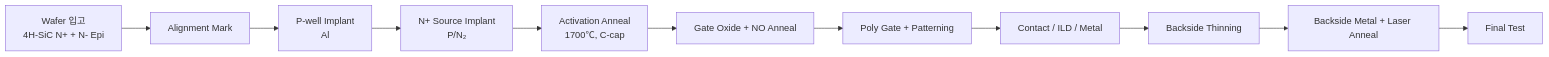
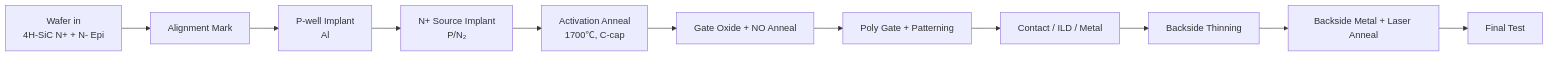
The second of 2 diagrams in docs/01-foundations/ch03-device.md (btjeon/sic-wiki), drawn with Mermaid before and after one commit. The commit also changed other lines of this file and 6 other files, not shown here.

````diff
--- a/docs/01-foundations/ch03-device.md
+++ b/docs/01-foundations/ch03-device.md
@@ -95,13 +95,13 @@
 ```mermaid
 flowchart LR
-    A[Wafer 입고<br/>4H-SiC N+ + N- Epi] --> B[Alignment Mark]
+    A[Wafer in<br/>4H-SiC N+ + N- Epi] --> B[Alignment Mark]
     B --> C[P-well Implant<br/>Al]
     C --> D[N+ Source Implant<br/>P/N₂]
     D --> E[Activation Anneal<br/>1700℃, C-cap]
     E --> F[Gate Oxide + NO Anneal]
     F --> G[Poly Gate + Patterning]
     G --> H[Contact / ILD / Metal]
     H --> I[Backside Thinning]
     I --> J[Backside Metal + Laser Anneal]
     J --> K[Final Test]
 ```
````
